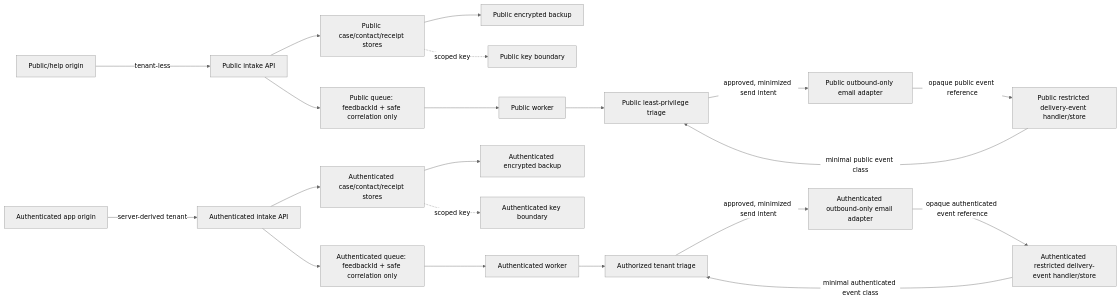
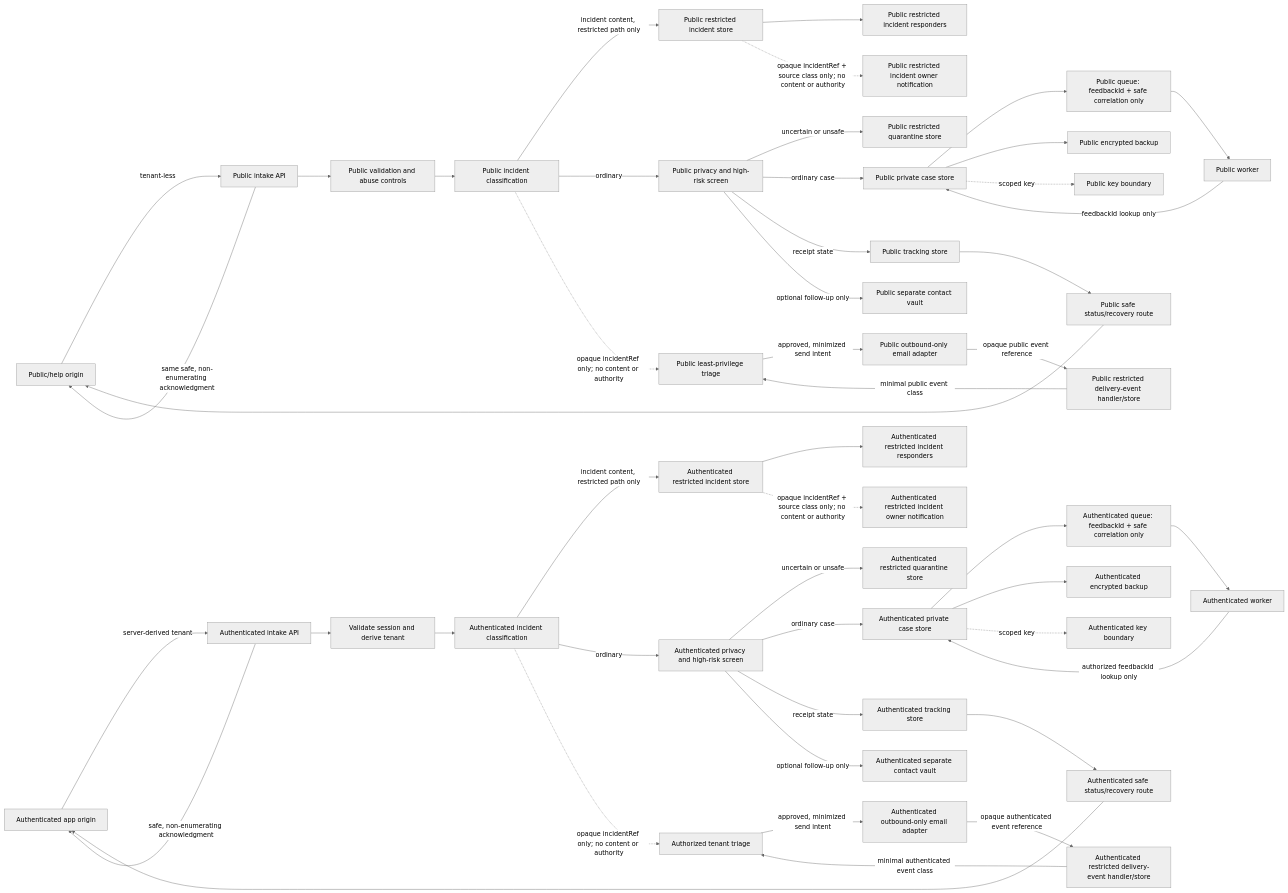
One commit to Jamula/Andreja changed the diagram in docs/frameworks/feedback-platform-decision.md. Above: the diagram before and after it, drawn with Mermaid (neutral theme). The commit also changed other lines of this file, not shown here.

Commit message:
docs: add isolated feedback incident handoff

````diff
--- a/docs/frameworks/feedback-platform-decision.md
+++ b/docs/frameworks/feedback-platform-decision.md
@@ -95,26 +95,52 @@
 ```mermaid
 flowchart LR
   PUB[Public/help origin] -->|tenant-less| PI[Public intake API]
-  PI --> PS[Public case/contact/receipt stores]
-  PI --> PQ[Public queue: feedbackId + safe correlation only]
+  PI --> PV[Public validation and abuse controls]
+  PV --> PIC[Public incident classification]
+  PIC -->|incident content, restricted path only| PIS[Public restricted incident store]
+  PIC -->|ordinary| PSC[Public privacy and high-risk screen]
+  PSC -->|uncertain or unsafe| PZ[Public restricted quarantine store]
+  PSC -->|ordinary case| PS[Public private case store]
+  PSC -->|receipt state| PTR[Public tracking store]
+  PSC -->|optional follow-up only| PCV[Public separate contact vault]
+  PIS --> PIR[Public restricted incident responders]
+  PIS -.->|opaque incidentRef + source class only; no content or authority| PIO[Public restricted incident owner notification]
+  PIC -.->|opaque incidentRef only; no content or authority| PT[Public least-privilege triage]
+  PI -->|same safe, non-enumerating acknowledgment| PUB
+  PS --> PQ[Public queue: feedbackId + safe correlation only]
   PQ --> PW[Public worker]
-  PW --> PT[Public least-privilege triage]
+  PW -->|feedbackId lookup only| PS
+  PTR --> PSR[Public safe status/recovery route]
+  PSR --> PUB
 
   APP[Authenticated app origin] -->|server-derived tenant| AI[Authenticated intake API]
-  AI --> AS[Authenticated case/contact/receipt stores]
-  AI --> AQ[Authenticated queue: feedbackId + safe correlation only]
+  AI --> AV[Validate session and derive tenant]
+  AV --> AIC[Authenticated incident classification]
+  AIC -->|incident content, restricted path only| AIS[Authenticated restricted incident store]
+  AIC -->|ordinary| ASC[Authenticated privacy and high-risk screen]
+  ASC -->|uncertain or unsafe| AZ[Authenticated restricted quarantine store]
+  ASC -->|ordinary case| AS[Authenticated private case store]
+  ASC -->|receipt state| ATR[Authenticated tracking store]
+  ASC -->|optional follow-up only| ACV[Authenticated separate contact vault]
+  AIS --> AIR[Authenticated restricted incident responders]
+  AIS -.->|opaque incidentRef + source class only; no content or authority| AIO[Authenticated restricted incident owner notification]
+  AIC -.->|opaque incidentRef only; no content or authority| AT[Authorized tenant triage]
+  AI -->|safe, non-enumerating acknowledgment| APP
+  AS --> AQ[Authenticated queue: feedbackId + safe correlation only]
   AQ --> AW[Authenticated worker]
-  AW --> AT[Authorized tenant triage]
+  AW -->|authorized feedbackId lookup only| AS
+  ATR --> ASR[Authenticated safe status/recovery route]
+  ASR --> APP
 
   PT -->|approved, minimized send intent| PEA[Public outbound-only email adapter]
   AT -->|approved, minimized send intent| AEA[Authenticated outbound-only email adapter]
   PEA -->|opaque public event reference| PER[Public restricted delivery-event handler/store]
   AEA -->|opaque authenticated event reference| AER[Authenticated restricted delivery-event handler/store]
   PER -->|minimal public event class| PT
   AER -->|minimal authenticated event class| AT
 
   PS --> PB[Public encrypted backup]
   AS --> AB[Authenticated encrypted backup]
   PS -. scoped key .-> PK[Public key boundary]
   AS -. scoped key .-> AK[Authenticated key boundary]
 ```
````
